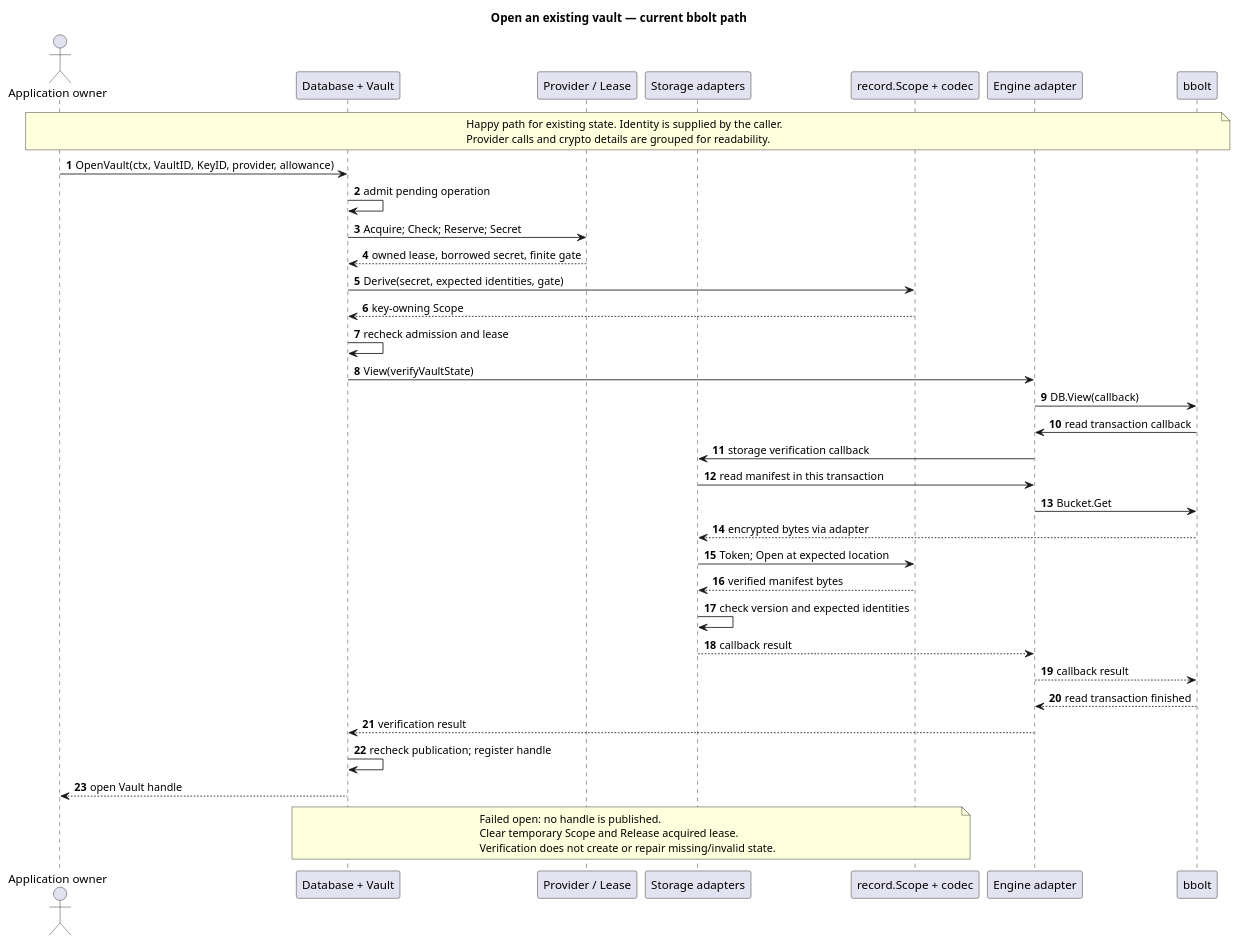
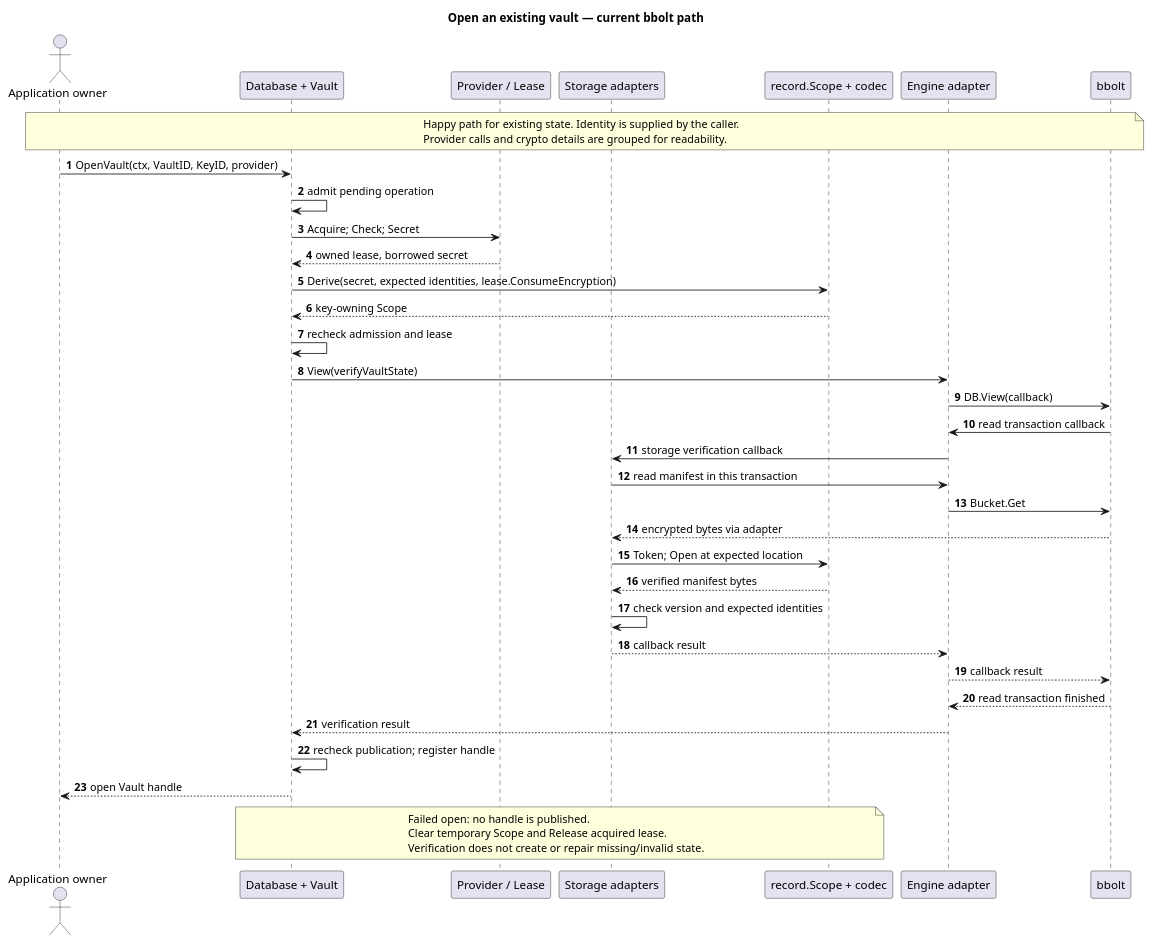
Before and after one commit to lainio/ic: the third of 4 diagrams in docs/architecture/managed-storage-current-system.md, drawn with PlantUML. The commit also changed other lines of this file and 15 other files, not shown here.

```diff
--- a/docs/architecture/managed-storage-current-system.md
+++ b/docs/architecture/managed-storage-current-system.md
@@ -231,46 +236,46 @@
 ~~~plantuml
 @startuml
 skinparam shadowing false
 autonumber
 title Open an existing vault — current bbolt path
 actor "Application owner" as Owner
 participant "Database + Vault" as DB
 participant "Provider / Lease" as Provider
 participant "Storage adapters" as Tx
 participant "record.Scope + codec" as Codec
 participant "Engine adapter" as Engine
 participant "bbolt" as Bolt
 note over Owner, Bolt
   Happy path for existing state. Identity is supplied by the caller.
   Provider calls and crypto details are grouped for readability.
 end note
-Owner -> DB : OpenVault(ctx, VaultID, KeyID, provider, allowance)
+Owner -> DB : OpenVault(ctx, VaultID, KeyID, provider)
 DB -> DB : admit pending operation
-DB -> Provider : Acquire; Check; Reserve; Secret
-Provider --> DB : owned lease, borrowed secret, finite gate
-DB -> Codec : Derive(secret, expected identities, gate)
+DB -> Provider : Acquire; Check; Secret
+Provider --> DB : owned lease, borrowed secret
+DB -> Codec : Derive(secret, expected identities, lease.ConsumeEncryption)
 Codec --> DB : key-owning Scope
 DB -> DB : recheck admission and lease
 DB -> Engine : View(verifyVaultState)
 Engine -> Bolt : DB.View(callback)
 Bolt -> Engine : read transaction callback
 Engine -> Tx : storage verification callback
 Tx -> Engine : read manifest in this transaction
 Engine -> Bolt : Bucket.Get
 Bolt --> Tx : encrypted bytes via adapter
 Tx -> Codec : Token; Open at expected location
 Codec --> Tx : verified manifest bytes
 Tx -> Tx : check version and expected identities
 Tx --> Engine : callback result
 Engine --> Bolt : callback result
 Bolt --> Engine : read transaction finished
 Engine --> DB : verification result
 DB -> DB : recheck publication; register handle
 DB --> Owner : open Vault handle
 note over DB, Codec
   Failed open: no handle is published.
   Clear temporary Scope and Release acquired lease.
   Verification does not create or repair missing/invalid state.
 end note
 @enduml
 ~~~
```
